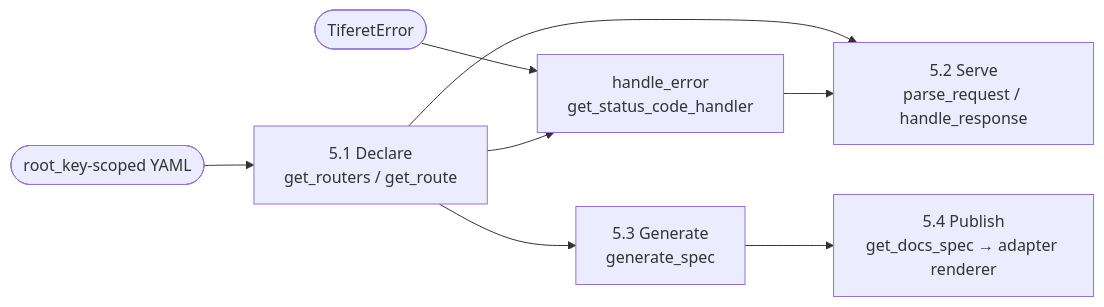
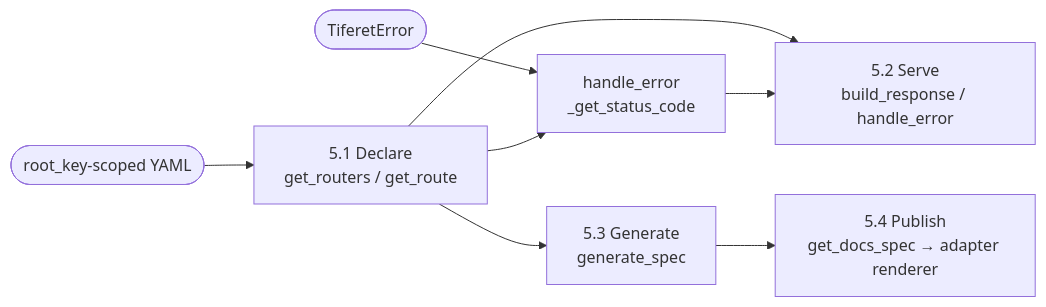
The diagram in docs/core-domain-distillation.md (greatstrength/tiferet-openapi), drawn with Mermaid before and after one commit. The commit also changed other lines of this file and 1 other file, not shown here.

````diff
--- a/docs/core-domain-distillation.md
+++ b/docs/core-domain-distillation.md
@@ -91,10 +91,10 @@
 ```mermaid
 flowchart LR
   YAML([root_key-scoped YAML]) --> DECL["5.1 Declare<br/>get_routers / get_route"]
-  DECL --> SERVE["5.2 Serve<br/>parse_request / handle_response"]
+  DECL --> SERVE["5.2 Serve<br/>build_response / handle_error"]
   DECL --> GEN["5.3 Generate<br/>generate_spec"]
   GEN --> PUB["5.4 Publish<br/>get_docs_spec → adapter renderer"]
-  ERR(["TiferetError"]) --> STATUS["handle_error<br/>get_status_code_handler"]
+  ERR(["TiferetError"]) --> STATUS["handle_error<br/>_get_status_code"]
   DECL --> STATUS
   STATUS --> SERVE
 ```
````
